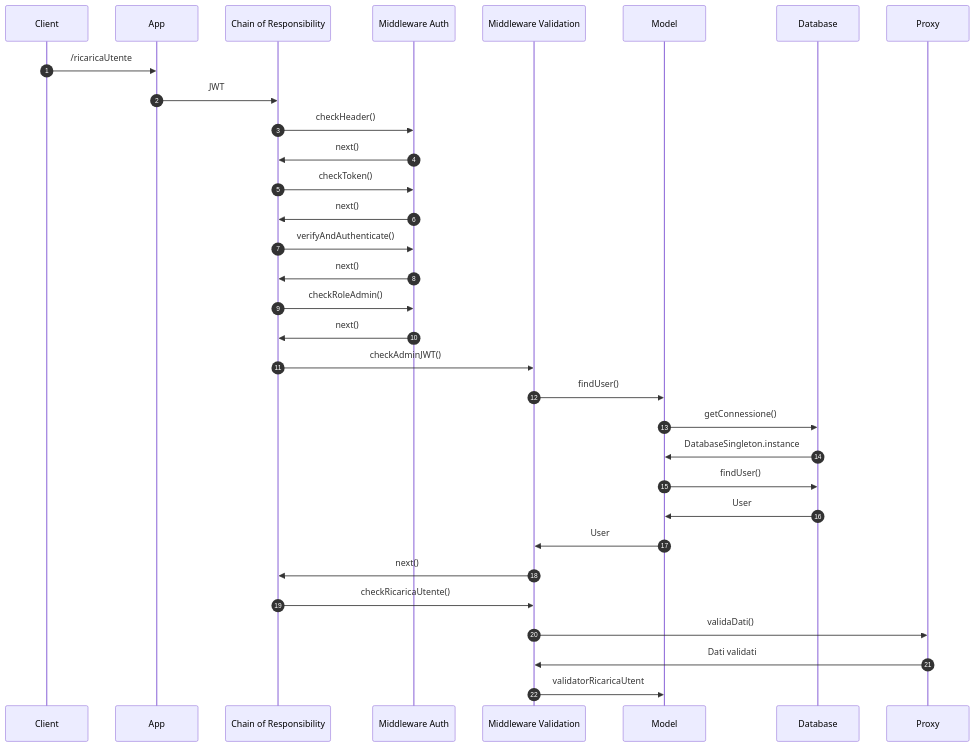
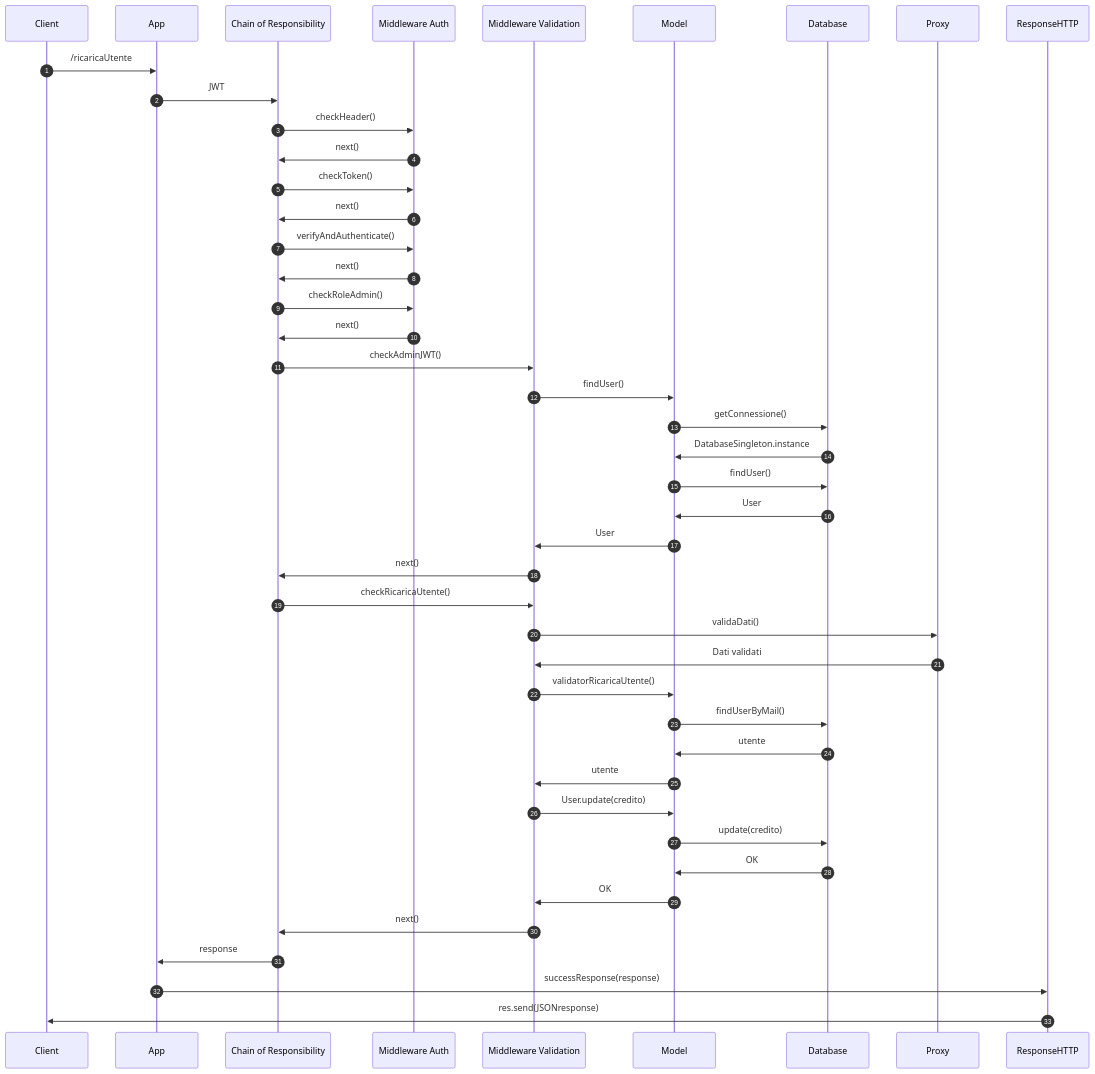
Before and after one commit to abbru-matte/Boats-Project: the third of 4 diagrams in README.md, drawn with Mermaid. The commit also changed other lines of this file, not shown here.

````diff
--- a/README.md
+++ b/README.md
@@ -280,26 +280,37 @@
 ```mermaid
 sequenceDiagram
 autonumber
 Client ->> App : /ricaricaUtente
 App ->> Chain of Responsibility : JWT
 Chain of Responsibility ->> Middleware Auth : checkHeader()
 Middleware Auth ->> Chain of Responsibility : next()
 Chain of Responsibility ->> Middleware Auth : checkToken()
 Middleware Auth ->> Chain of Responsibility : next()
 Chain of Responsibility ->> Middleware Auth : verifyAndAuthenticate()
 Middleware Auth ->> Chain of Responsibility : next()
 Chain of Responsibility ->> Middleware Auth : checkRoleAdmin()
 Middleware Auth ->> Chain of Responsibility : next()
 Chain of Responsibility ->> Middleware Validation : checkAdminJWT()
 Middleware Validation ->> Model : findUser()
 Model ->> Database : getConnessione()
 Database ->> Model : DatabaseSingleton.instance
 Model ->> Database : findUser()
 Database ->> Model : User
 Model ->> Middleware Validation : User
 Middleware Validation ->> Chain of Responsibility : next()
 Chain of Responsibility ->> Middleware Validation : checkRicaricaUtente()
 Middleware Validation ->> Proxy : validaDati()
 Proxy ->> Middleware Validation : Dati validati
-Middleware Validation ->> Model : validatorRicaricaUtent
+Middleware Validation ->> Model : validatorRicaricaUtente()
+Model ->> Database : findUserByMail()
+Database ->> Model : utente
+Model ->> Middleware Validation : utente
+Middleware Validation ->> Model : User.update(credito)
+Model ->> Database : update(credito)
+Database ->> Model : OK
+Model ->> Middleware Validation : OK
+Middleware Validation ->> Chain of Responsibility : next()
+Chain of Responsibility ->> App : response
+App ->> ResponseHTTP : successResponse(response)
+ResponseHTTP ->> Client : res.send(JSONresponse)
 ```
````
